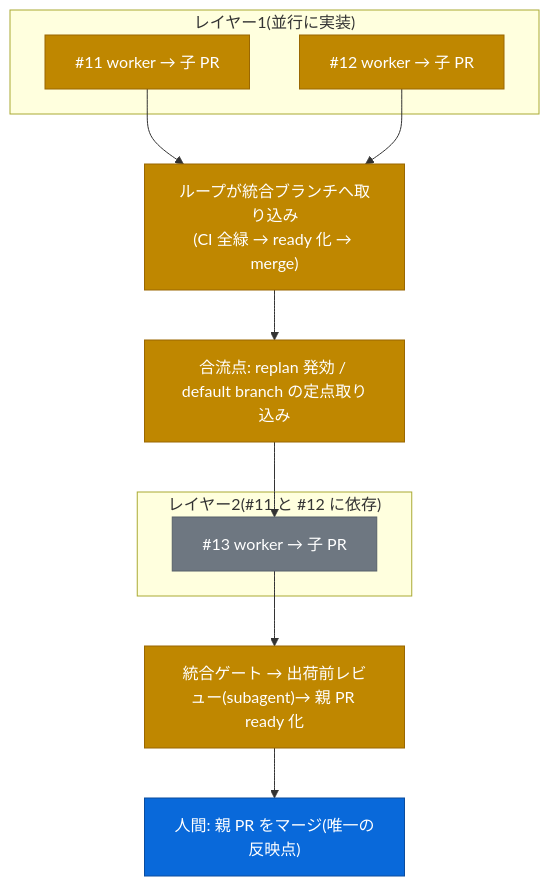
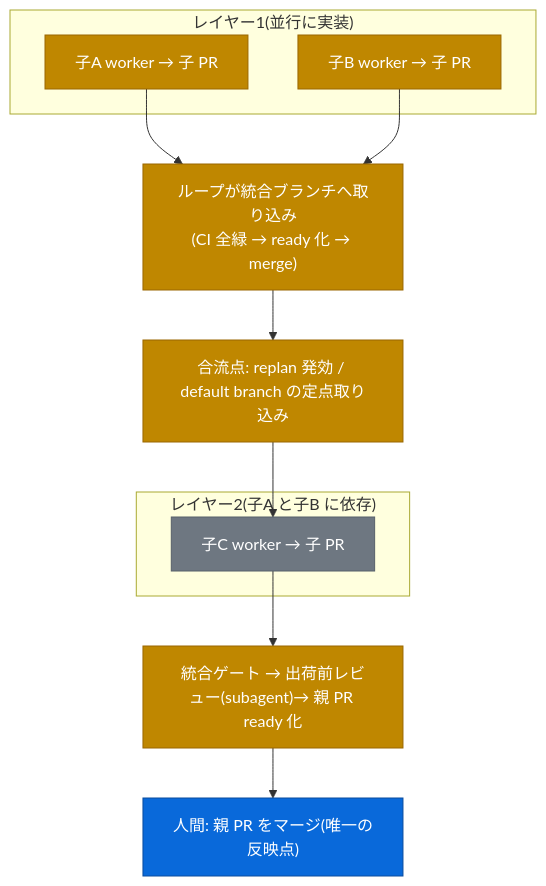
Before and after one commit to reonyanarticle/tasuki: the first of 3 diagrams in docs/DESIGN.md, drawn with Mermaid. The commit also changed 15 other files, not shown here.

````diff
--- a/docs/DESIGN.md
+++ b/docs/DESIGN.md
@@ -117,22 +117,22 @@
 ```mermaid
 flowchart TD
     accTitle: レイヤー実行の構造
     accDescr: 同じレイヤーの子 issue は並行して実装され、ゲートを通った子 PR をループが統合ブランチへ取り込む。全子の取り込みが合流点で、そこで再計画の発効と default branch の取り込みを行ってから次レイヤーに着手する。人間のマージは最後の親 PR の1回だけ。
     classDef human fill:#0969da,stroke:#0a4c9e,color:#fff
     classDef work fill:#bf8700,stroke:#9a6700,color:#fff
     classDef pending fill:#6e7781,stroke:#57606a,color:#fff
 
     subgraph L1["レイヤー1(並行に実装)"]
-        A["#11 worker → 子 PR"]:::work
-        B["#12 worker → 子 PR"]:::work
+        A["子A worker → 子 PR"]:::work
+        B["子B worker → 子 PR"]:::work
     end
     A --> M["ループが統合ブランチへ取り込み<br/>(CI 全緑 → ready 化 → merge)"]:::work
     B --> M
     M --> J["合流点: replan 発効 / default branch の定点取り込み"]:::work
     J --> C
-    subgraph L2["レイヤー2(#11 と #12 に依存)"]
-        C["#13 worker → 子 PR"]:::pending
+    subgraph L2["レイヤー2(子A と子B に依存)"]
+        C["子C worker → 子 PR"]:::pending
     end
     C --> FIN["統合ゲート → 出荷前レビュー(subagent)→ 親 PR ready 化"]:::work
     FIN --> HM["人間: 親 PR をマージ(唯一の反映点)"]:::human
 ```
````
